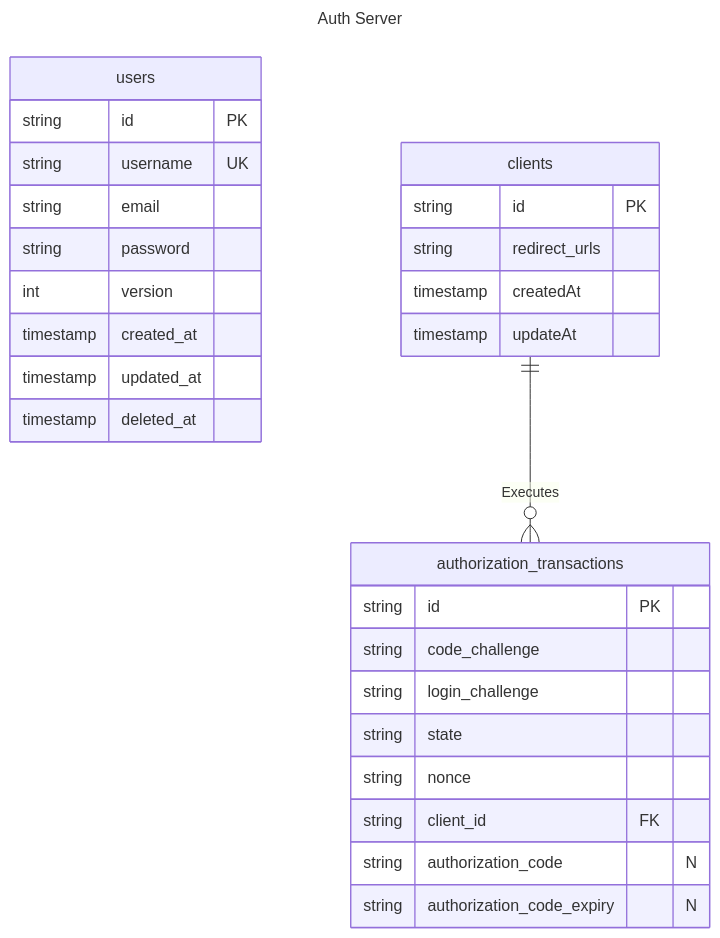
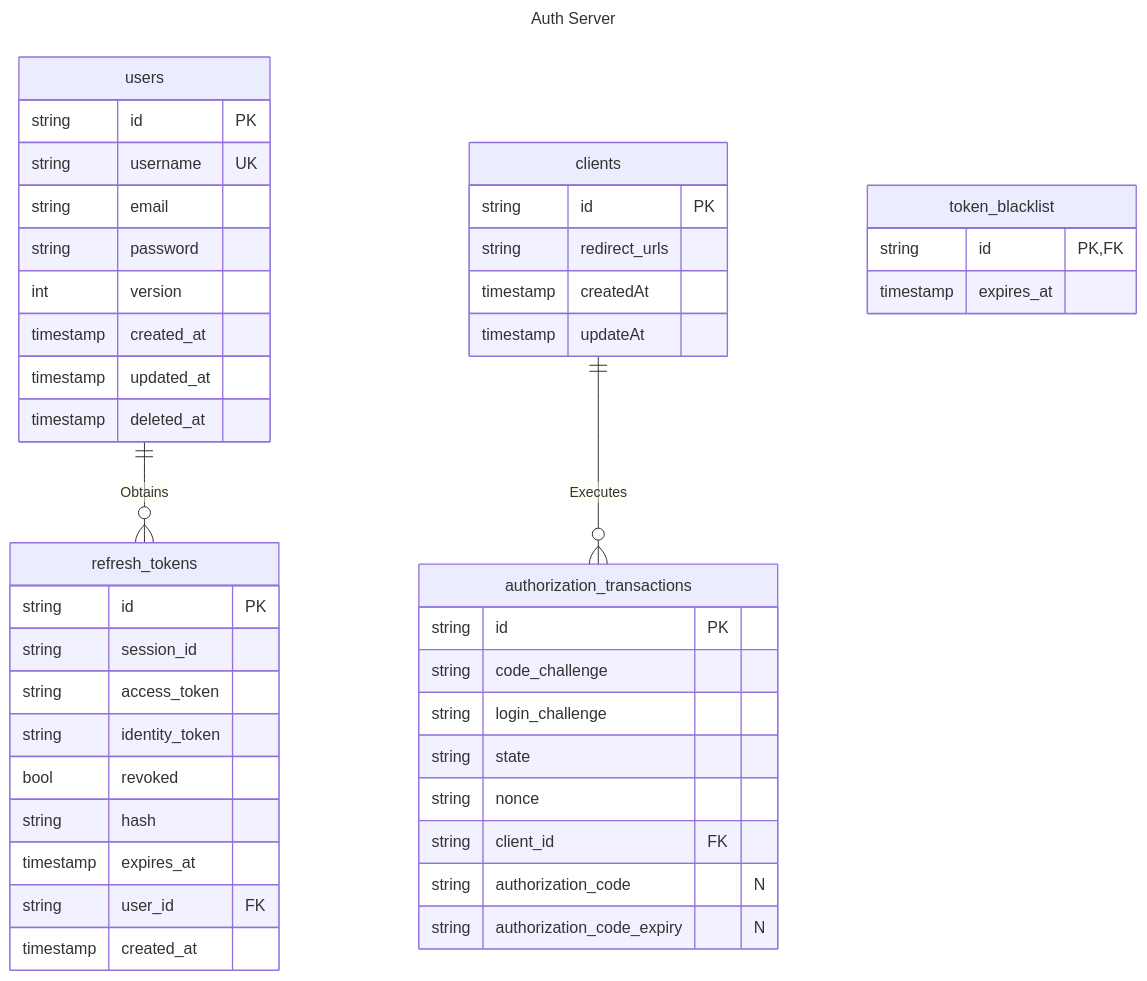
Before and after one commit to dnd-mapp/dma-platform: the diagram in docs/ERD.md, drawn with Mermaid. The commit also changed other lines of this file, not shown here.

Commit message:
Update ERD documentation

````diff
--- a/docs/ERD.md
+++ b/docs/ERD.md
@@ -3,39 +3,58 @@
 ```mermaid
 ---
 title: Auth Server
 ---
 erDiagram
     users {
         string id       PK
         string username UK
         string email
         string password
         
         int version
 
         timestamp created_at
         timestamp updated_at
         timestamp deleted_at
     }
     
     authorization_transactions {
         string id               PK
         string code_challenge
         string login_challenge
         string state
         string nonce
         string client_id        FK
         
         string authorization_code           "N"
         string authorization_code_expiry    "N"
     }
     
     clients {
         string      id              PK
         string      redirect_urls
         timestamp   createdAt
         timestamp   updateAt
     }
     
+    token_blacklist {
+        string      id          PK,FK
+        timestamp   expires_at
+    }
+    
+    refresh_tokens {
+        string      id                  PK
+        string      session_id
+        string      access_token
+        string      identity_token
+        bool        revoked
+        string      hash
+        timestamp   expires_at
+        string      user_id             FK
+        
+        timestamp   created_at
+    }
+    
     clients ||--o{ authorization_transactions : Executes
+    users ||--o{ refresh_tokens : Obtains
 ```
````
